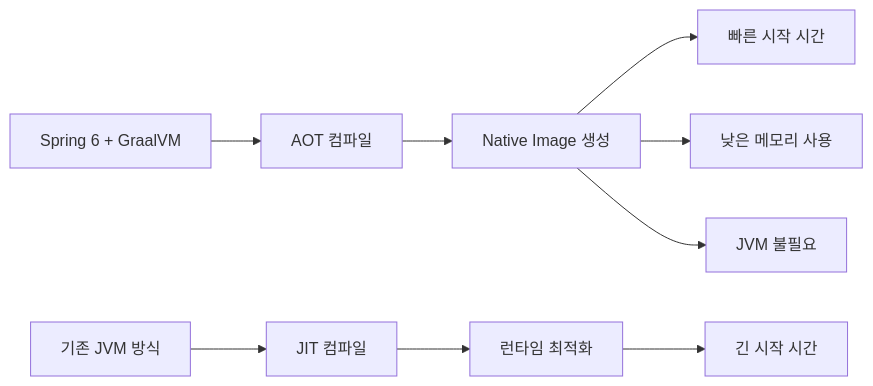
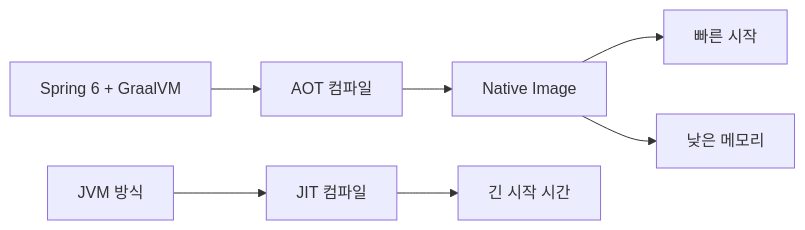
One commit to yjkim2015/yjkim2015.github.io changed the fifth of 7 diagrams in _posts/spring/2026-05-02-spring6-principles.md. Above: the diagram before and after it, drawn with Mermaid. The commit also changed other lines of this file and 155 other files, not shown here.

First line of the commit message:
Mermaid 전면 수정: subgraph 제거, participant/노드/줄수 축소 (342블록)

````diff
--- a/_posts/spring/2026-05-02-spring6-principles.md
+++ b/_posts/spring/2026-05-02-spring6-principles.md
@@ -344,11 +344,9 @@
 ```mermaid
 graph LR
-    A[Spring 6 + GraalVM] --> B["AOT 컴파일"]
-    B --> C["Native Image 생성"]
-    C --> D["빠른 시작 시간"]
-    C --> E["낮은 메모리 사용"]
-    C --> F["JVM 불필요"]
-    G["기존 JVM 방식"] --> H["JIT 컴파일"]
-    H --> I["런타임 최적화"]
-    I --> J["긴 시작 시간"]
+    A["Spring 6 + GraalVM"] --> B["AOT 컴파일"]
+    B --> C["Native Image"]
+    C --> D["빠른 시작"]
+    C --> E["낮은 메모리"]
+    G["JVM 방식"] --> H["JIT 컴파일"]
+    H --> I["긴 시작 시간"]
 ```
````
